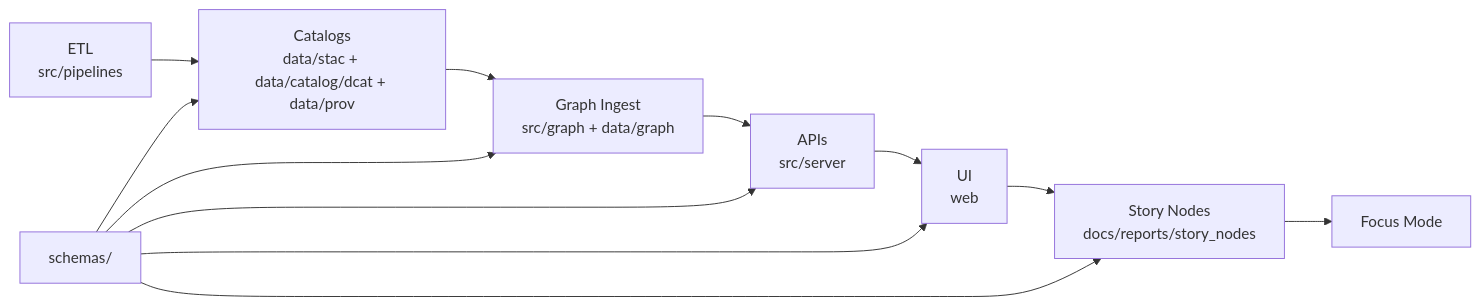
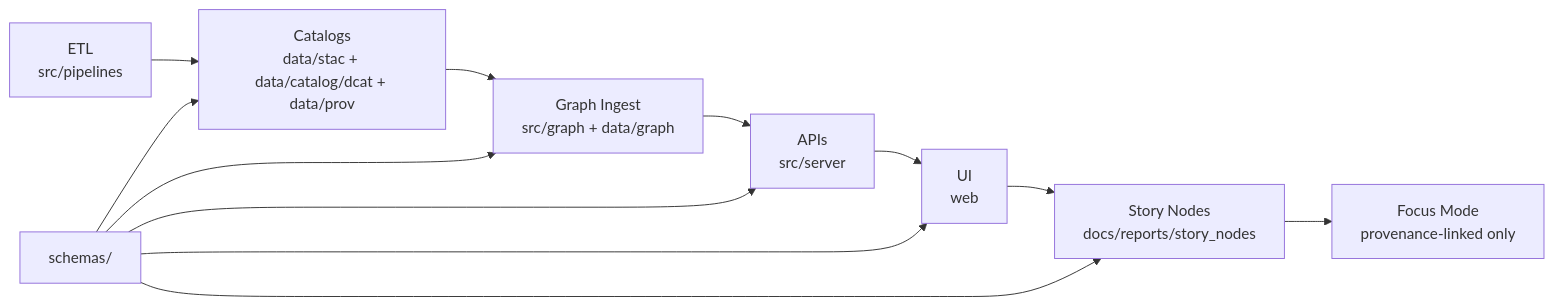
One commit to bartytime4life/Kansas-Frontier-Matrix changed the first of 2 diagrams in schemas/README.md. Above: the diagram before and after it, drawn with Mermaid. The commit also changed other lines of this file, not shown here.

```diff
--- a/schemas/README.md
+++ b/schemas/README.md
@@ -238,15 +245,15 @@
 ~~~mermaid
 flowchart LR
   A[ETL<br/>src/pipelines] --> B[Catalogs<br/>data/stac + data/catalog/dcat + data/prov]
   B --> C[Graph Ingest<br/>src/graph + data/graph]
   C --> D[APIs<br/>src/server]
   D --> E[UI<br/>web]
   E --> F[Story Nodes<br/>docs/reports/story_nodes]
-  F --> G[Focus Mode]
+  F --> G[Focus Mode<br/>provenance-linked only]
 
   S[schemas/] --> B
   S --> C
   S --> D
   S --> E
   S --> F
 ~~~
```
